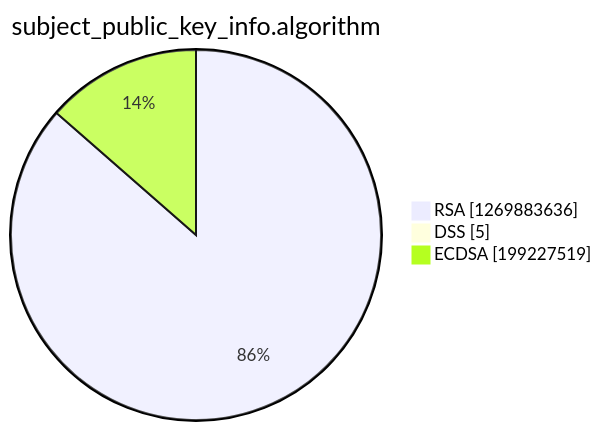
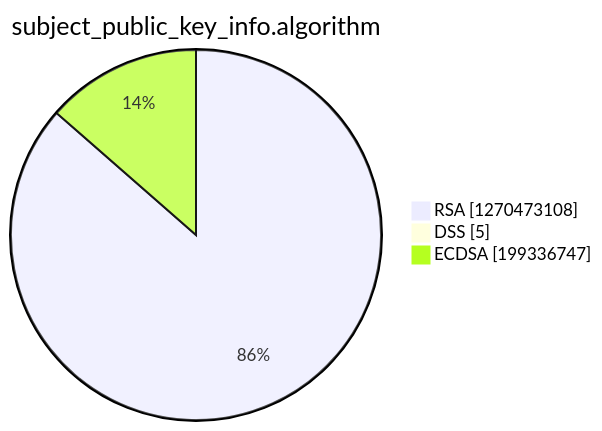
Before and after one commit to christiankrug/ctmonitor_visualization: the third of 15 diagrams in argon2022/README.md, drawn with Mermaid. The commit also changed other lines of this file, not shown here.

````diff
--- a/argon2022/README.md
+++ b/argon2022/README.md
@@ -14,7 +14,7 @@
 ```mermaid
 pie showData
 title subject_public_key_info.algorithm
-"RSA" :1269883636
+"RSA" :1270473108
 "DSS" :5
-"ECDSA" :199227519
+"ECDSA" :199336747
 ```
````
